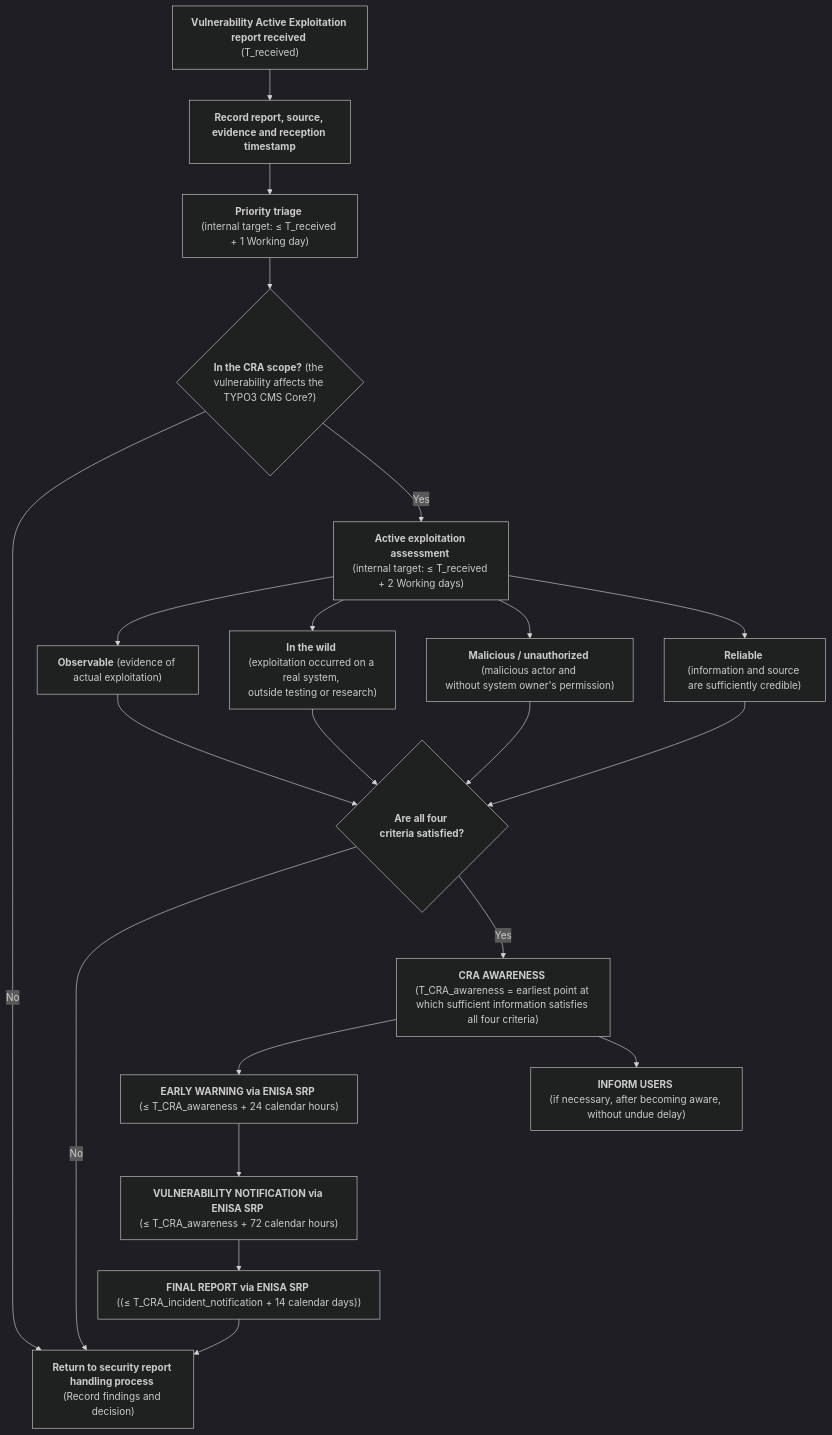
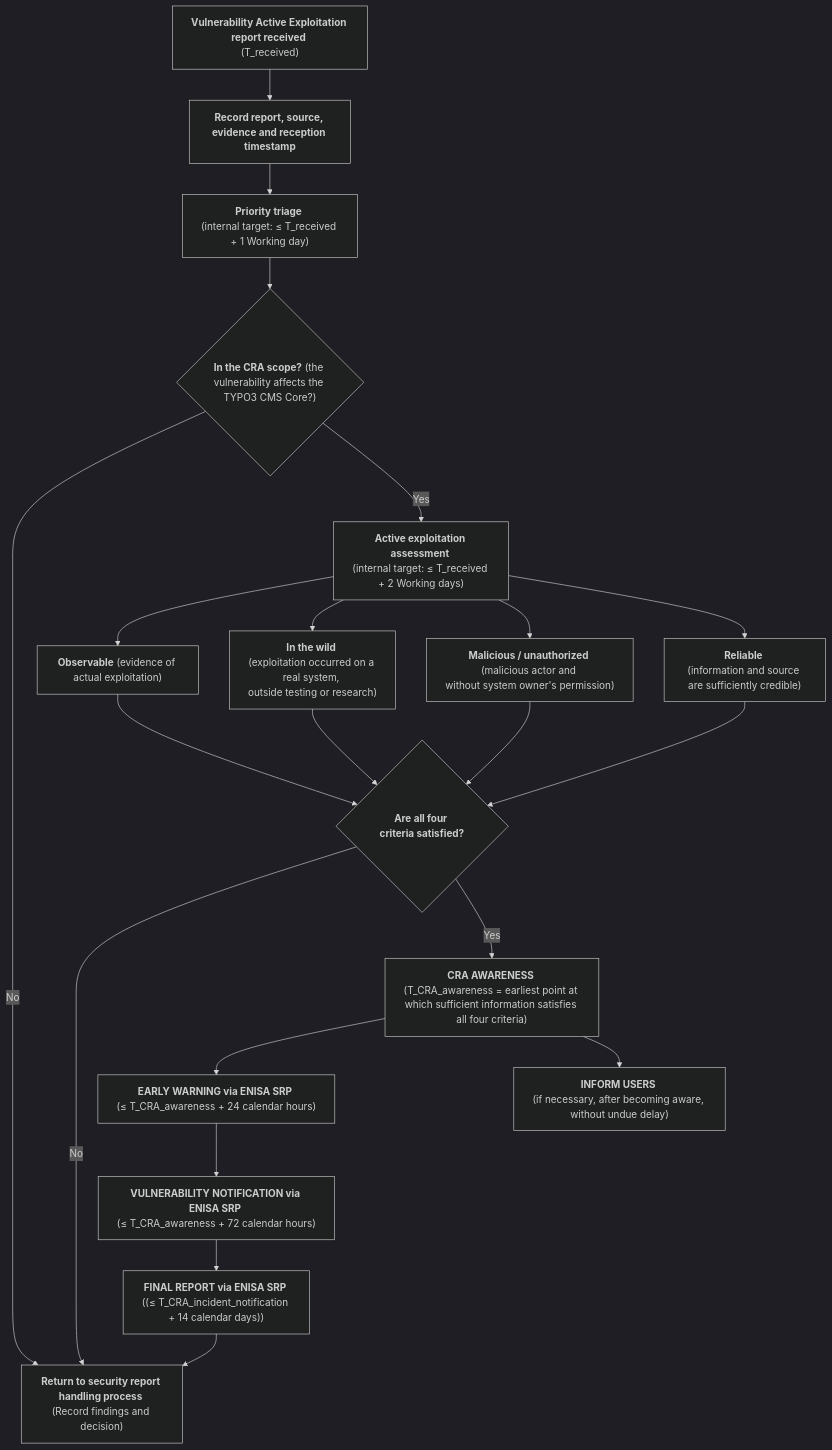
Before and after one commit to rfoucard/cra-fast-track: the diagram in templates/actively-exploited-vulnerability-process.md, drawn with Mermaid (dark theme).

````diff
--- a/templates/actively-exploited-vulnerability-process.md
+++ b/templates/actively-exploited-vulnerability-process.md
@@ -15,36 +15,36 @@
 ```mermaid
 flowchart TD
 
     A["<strong>Vulnerability&nbsp;Active&nbsp;Exploitation report received</strong> \n(T_received)"] --> B["<strong>Record&nbsp;report,&nbsp;source, evidence and reception timestamp</strong>"]
 
     B --> C["<strong>Priority triage</strong> \n(internal&nbsp;target:&nbsp;≤&nbsp;T_received + 1 Working day)"]
 
     C --> D{"<strong>In&nbsp;the&nbsp;CRA&nbsp;scope?</strong> (the vulnerability affects the TYPO3 CMS Core?)"}
 
     D -- "No" --> X["<strong>Return&nbsp;to&nbsp;security&nbsp;report handling process</strong> \n(Record findings and decision)"]
 
     D -- "Yes" --> E["<strong>Active exploitation assessment</strong> \n(internal&nbsp;target:&nbsp;≤&nbsp;T_received + 2 Working days)"]
 
     E --> F["<strong>Observable</strong> (evidence of actual&nbsp;exploitation)"]
     E --> G["<strong>In the wild</strong> (exploitation&nbsp;occurred on a real system, outside&nbsp;testing&nbsp;or&nbsp;research)"]
     E --> H["<strong>Malicious / unauthorized</strong> (malicious actor and without&nbsp;system&nbsp;owner's&nbsp;permission)"]
     E --> I["<strong>Reliable</strong> (information&nbsp;and&nbsp;source are&nbsp;sufficiently&nbsp;credible)"]
 
     F --> J{"<strong>Are all four criteria&nbsp;satisfied?</strong>"}
     G --> J
     H --> J
     I --> J
 
     J -- "No" --> X
     J -- "Yes" --> L["<strong>CRA AWARENESS</strong> \n(T_CRA_awareness&nbsp;=&nbsp;earliest&nbsp;point&nbsp;at which sufficient information satisfies all four criteria)"]
 
     L --> M["<strong>EARLY WARNING via ENISA SRP</strong> \n(≤&nbsp;T_CRA_awareness&nbsp;+&nbsp;24&nbsp;calendar&nbsp;hours)"]
 
     M --> N["<strong>VULNERABILITY NOTIFICATION via ENISA SRP</strong> \n(≤&nbsp;T_CRA_awareness&nbsp;+&nbsp;72&nbsp;calendar&nbsp;hours)"]
 
-    N --> O["<strong>FINAL REPORT via ENISA SRP</strong> \n((≤&nbsp;T_CRA_incident_notification&nbsp;+&nbsp;14&nbsp;calendar&nbsp;days))"]
+    N --> O["<strong>FINAL REPORT via ENISA SRP</strong> \n((≤&nbsp;T_CRA_incident_notification +&nbsp;14&nbsp;calendar&nbsp;days))"]
 
     O --> X
 
     L --> U["<strong>INFORM USERS</strong> \n(if&nbsp;necessary,&nbsp;after&nbsp;becoming&nbsp;aware, without undue delay)"]
 ```
````
